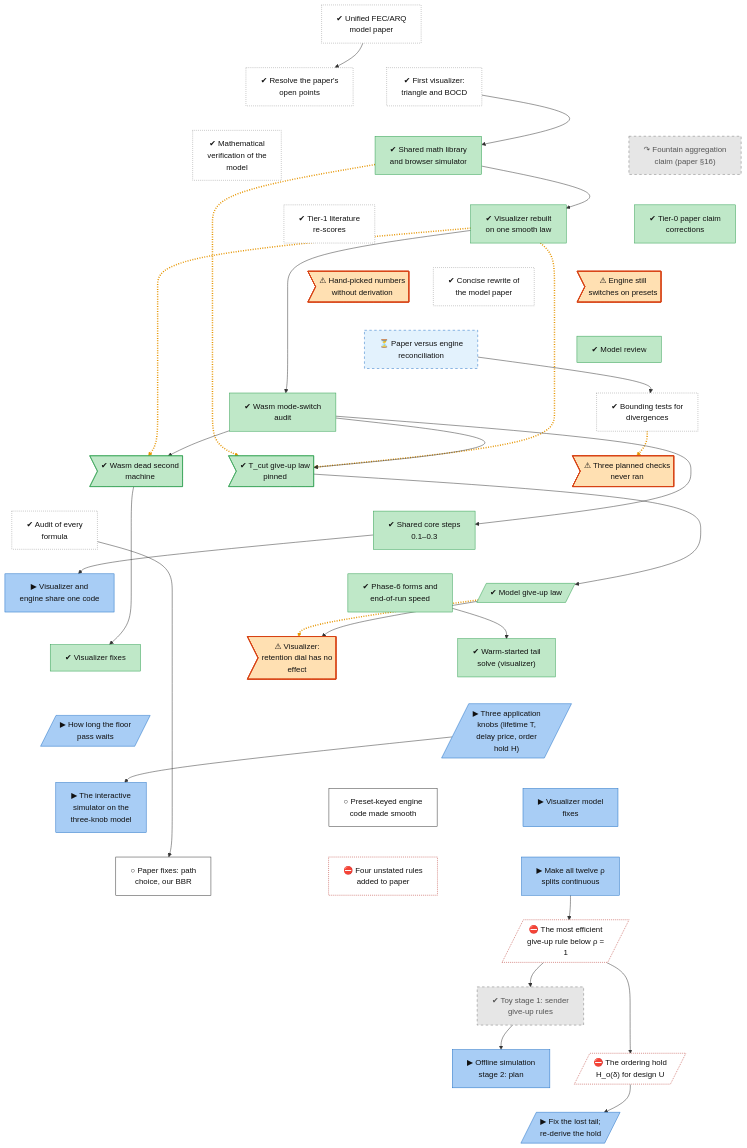
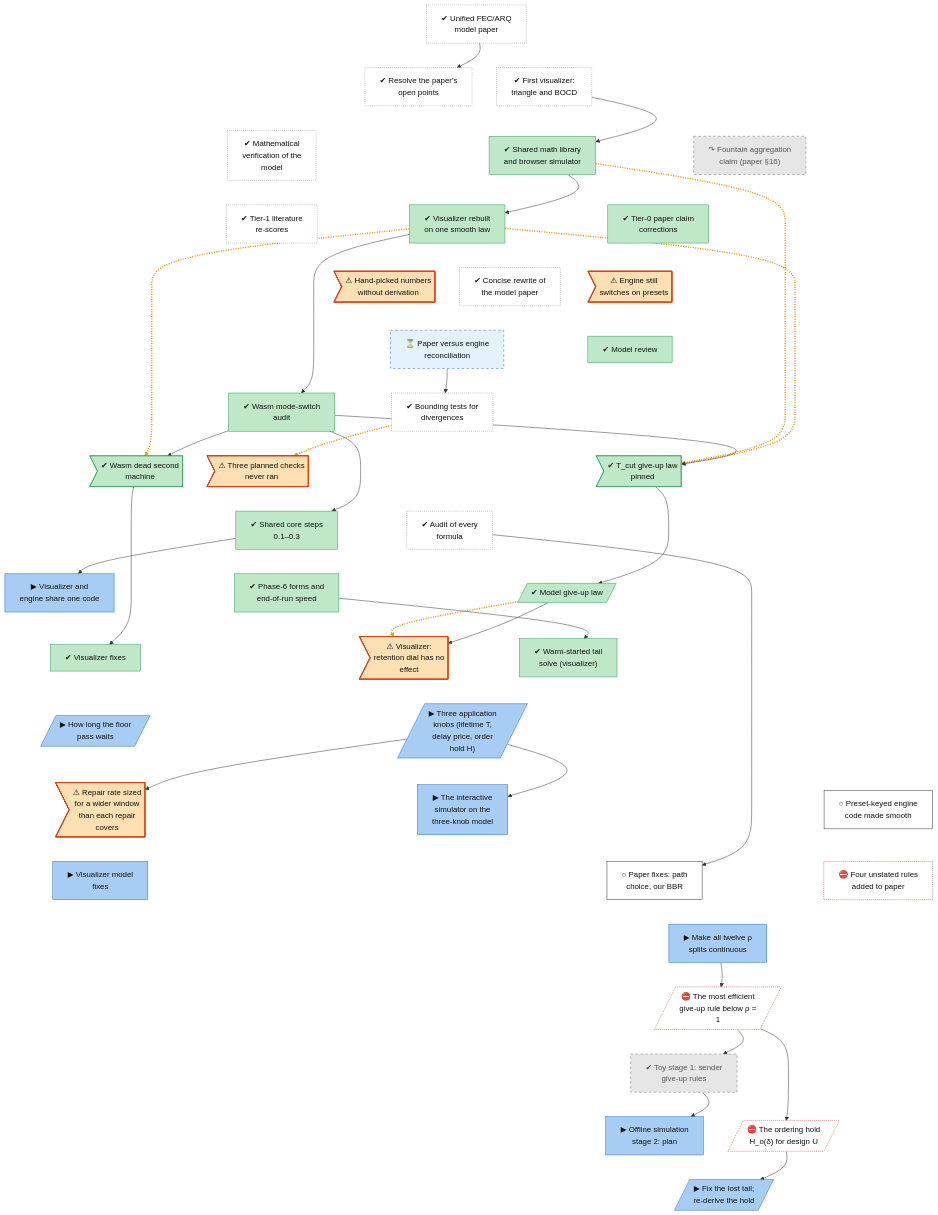
The diagram in docs/roadmap/tracks/model.md (lhns/raptorpath), drawn with Mermaid before and after one commit. The commit also changed other lines of this file and 3 other files, not shown here.

Commit message:
roadmap: defect finding, repair rate sized for the window, coded over the span

```diff
--- a/docs/roadmap/tracks/model.md
+++ b/docs/roadmap/tracks/model.md
@@ -38,6 +38,7 @@
     model_warm_start["✔ Warm-started tail<br/>solve (visualizer)"]
     model_floor_hold[/"▶ How long the floor<br/>pass waits"/]
     model_three_knobs[/"▶ Three application<br/>knobs (lifetime T,<br/>delay price, order<br/>hold H)"/]
+    model_defect_rate_vs_span>"⚠ Repair rate sized<br/>for a wider window<br/>than each repair<br/>covers"]
     model_viz_three_knobs["▶ The interactive<br/>simulator on the<br/>three-knob model"]
     model_fix_hint_keyed_paths["○ Preset-keyed engine<br/>code made smooth"]
     model_wasm_fixes["▶ Visualizer model<br/>fixes"]
@@ -80,14 +81,15 @@
     model_viz_fix ~~~ model_floor_hold
     model_defect_rho_inert ~~~ model_three_knobs
     model_warm_start ~~~ model_three_knobs
-    model_floor_hold ~~~ model_viz_three_knobs
+    model_floor_hold ~~~ model_defect_rate_vs_span
+    model_three_knobs ~~~ model_viz_three_knobs
     model_three_knobs ~~~ model_fix_hint_keyed_paths
-    model_three_knobs ~~~ model_wasm_fixes
+    model_defect_rate_vs_span ~~~ model_wasm_fixes
     model_viz_three_knobs ~~~ model_fix_paper_p2
     model_fix_hint_keyed_paths ~~~ model_fix_paper_p3
     model_wasm_fixes ~~~ model_rho_step_sites
-    model_fix_paper_p2 ~~~ model_skip_rule_efficiency
-    model_fix_paper_p3 ~~~ model_skip_rule_efficiency
+    model_fix_paper_p2 ~~~ model_rho_step_sites
+    model_fix_paper_p3 ~~~ model_rho_step_sites
     model_rho_step_sites ~~~ model_skip_rule_efficiency
     model_skip_rule_efficiency ~~~ model_toy_stage1
     model_toy_stage1 ~~~ model_toy_stage2_plan
@@ -112,6 +114,7 @@
     model_defect_dead_machine --> model_viz_fix
     model_giveup_law --> model_defect_rho_inert
     model_endspeed --> model_warm_start
+    model_three_knobs --> model_defect_rate_vs_span
     model_three_knobs --> model_viz_three_knobs
     model_law_ledger --> model_fix_paper_p2
     model_rho_step_sites --> model_skip_rule_efficiency
@@ -119,7 +122,7 @@
     model_toy_stage1 --> model_toy_stage2_plan
     model_skip_rule_efficiency --> model_ordering_hold
     model_ordering_hold --> model_tail_and_hold
-    linkStyle 47,49,50,52,59 stroke:#e69500,stroke-width:3px,stroke-dasharray:2 3
+    linkStyle 48,50,51,53,60 stroke:#e69500,stroke-width:3px,stroke-dasharray:2 3
     classDef vsucc fill:#2e9e4f,stroke:#1b6b34,color:#fff
     classDef succ fill:#bfe8c8,stroke:#2e9e4f,color:#111
     classDef mixed fill:#ffd37a,stroke:#c98a00,color:#111
@@ -137,7 +140,7 @@
     class model_paper_v1,model_open_points,model_visualizer_v1,model_math_verification,model_tier1_rescores,model_paper_rewrite,model_bound_tests,model_law_ledger unrated
     class model_wasm_l0,model_vis_continuum,model_tier0_corrections,model_review_37,model_wasm_audit,model_defect_tcut,model_defect_dead_machine,model_shared_core_0,model_endspeed,model_giveup_law,model_viz_fix,model_warm_start succ
     class model_s16_fountain,model_toy_stage1 dead
-    class model_mode_switch_debts,model_open_constants,model_bound_tests_unrun,model_defect_rho_inert finding
+    class model_mode_switch_debts,model_open_constants,model_bound_tests_unrun,model_defect_rho_inert,model_defect_rate_vs_span finding
     class model_paper_recon waiting
     class model_shared_core,model_floor_hold,model_three_knobs,model_viz_three_knobs,model_wasm_fixes,model_rho_step_sites,model_toy_stage2_plan,model_tail_and_hold inprog
     class model_fix_hint_keyed_paths,model_fix_paper_p2 next
```
